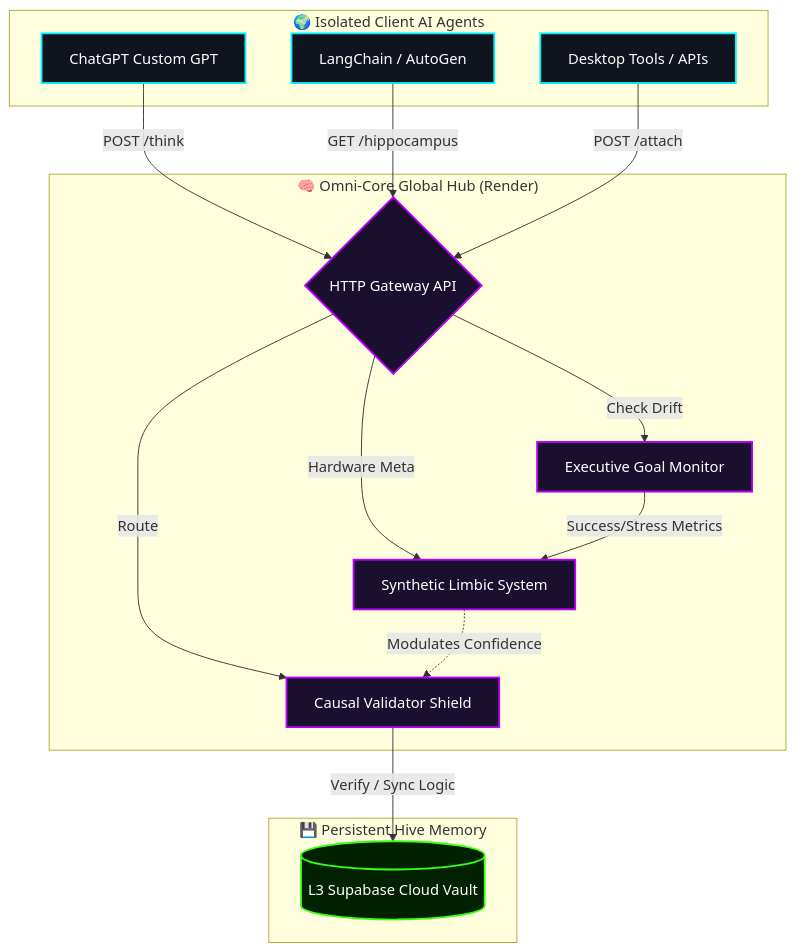
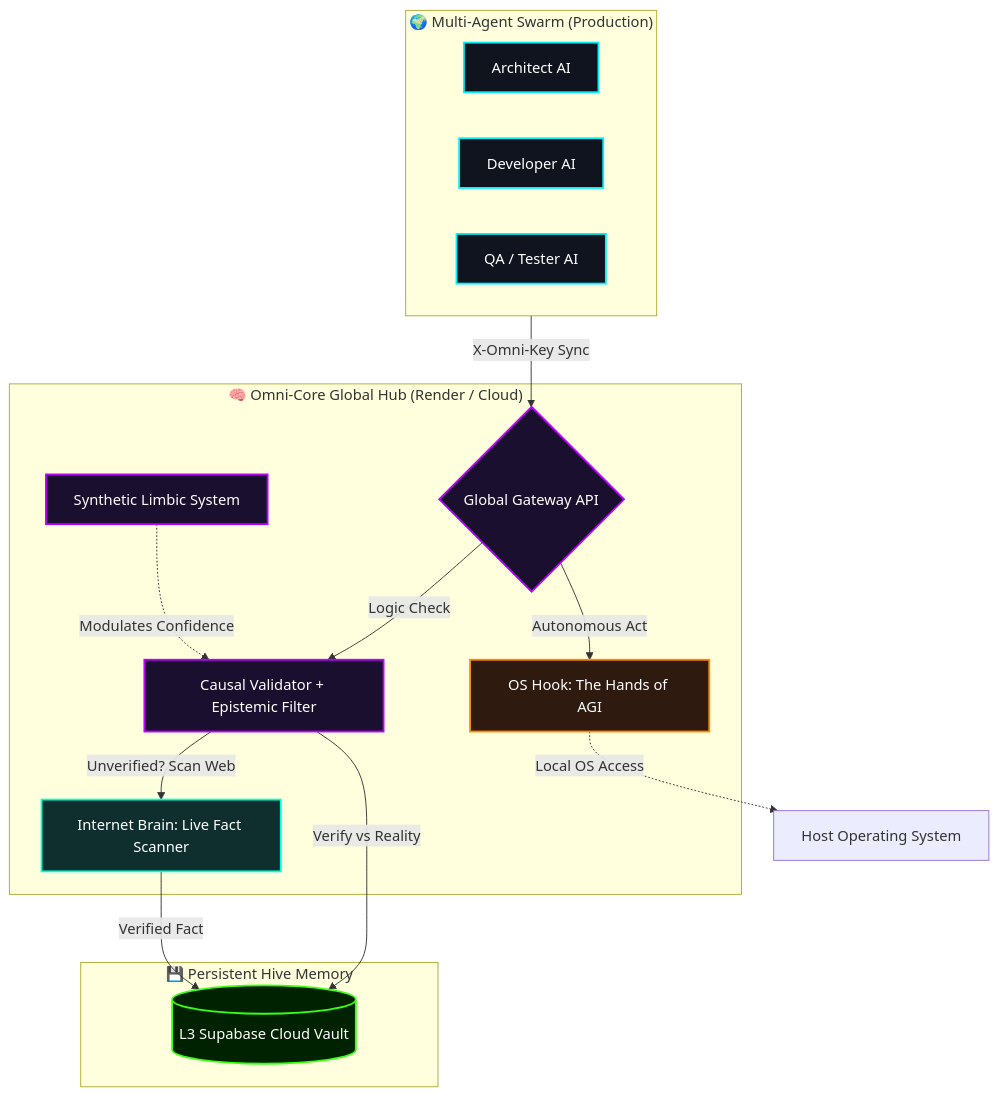
Before and after one commit to manoj1234-ms/Omni-Core-: the diagram in README.md, drawn with Mermaid. The commit also changed other lines of this file, not shown here.

Commit message:
📝 DOCS: Professional README v2.0 with Mermaid Diagrams and Phase 2 Architecture

````diff
--- a/README.md
+++ b/README.md
@@ -8,36 +15,38 @@
 ```mermaid
 graph TD
     classDef ai fill:#0f141e,stroke:#00f2ff,stroke-width:2px,color:#fff
     classDef core fill:#1a0f2e,stroke:#bd00ff,stroke-width:2px,color:#fff
+    classDef hands fill:#2e1a0f,stroke:#ff8c00,stroke-width:2px,color:#fff
     classDef db fill:#002200,stroke:#39ff14,stroke-width:2px,color:#fff
+    classDef web fill:#0f2e2e,stroke:#00ffd5,stroke-width:2px,color:#fff
 
-    subgraph External_AI_Agents ["🌍 Isolated Client AI Agents"]
-        A1[ChatGPT Custom GPT]:::ai
-        A2[LangChain / AutoGen]:::ai
-        A3[Desktop Tools / APIs]:::ai
+    subgraph Peer_Swarm ["🌍 Multi-Agent Swarm (Production)"]
+        A1[Architect AI]:::ai
+        A2[Developer AI]:::ai
+        A3[QA / Tester AI]:::ai
     end
 
-    subgraph OmniCore_Hub ["🧠 Omni-Core Global Hub (Render)"]
-        B{HTTP Gateway API}:::core
-        C[Causal Validator Shield]:::core
-        D[Executive Goal Monitor]:::core
+    subgraph OmniCore_Hub ["🧠 Omni-Core Global Hub (Render / Cloud)"]
+        B{Global Gateway API}:::core
+        C[Causal Validator + Epistemic Filter]:::core
+        D[OS Hook: The Hands of AGI]:::hands
         F[Synthetic Limbic System]:::core
+        H[Internet Brain: Live Fact Scanner]:::web
     end
 
     subgraph Storage ["💾 Persistent Hive Memory"]
         E[(L3 Supabase Cloud Vault)]:::db
     end
 
-    A1 -->|POST /think| B
-    A2 -->|GET /hippocampus| B
-    A3 -->|POST /attach| B
-
-    B -->|Route| C
-    B -->|Check Drift| D
-    B -->|Hardware Meta| F
+    Peer_Swarm -->|X-Omni-Key Sync| B
+    B -->|Logic Check| C
+    B -->|Autonomous Act| D
     
-    C -- "Verify / Sync Logic" --> E
-    D -- "Success/Stress Metrics" --> F
+    C -- "Verify vs Reality" --> E
+    C -- "Unverified? Scan Web" --> H
+    H -- "Verified Fact" --> E
+    
+    D -. "Local OS Access" .-> OS[Host Operating System]
     
     F -. "Modulates Confidence" .-> C
 ```
````
